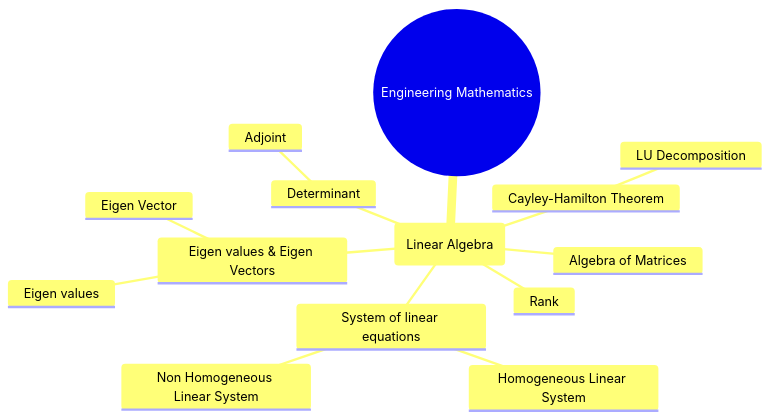
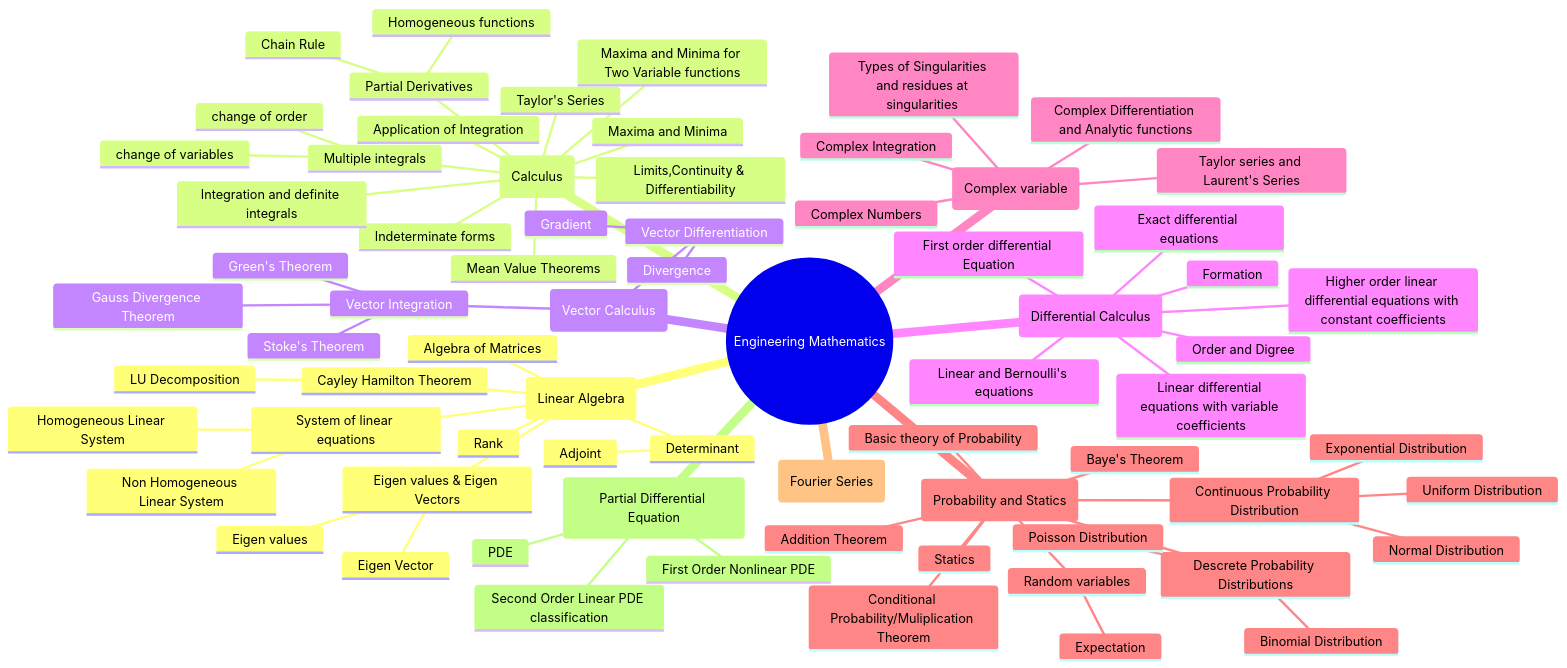
The diagram in README.md (sachin-dtu/Mathematics_Gatemd), drawn with Mermaid before and after one commit.

````diff
--- a/README.md
+++ b/README.md
@@ -25,17 +7,77 @@
-   ```mermaid
- mindmap
+```mermaid
+mindmap
   root((Engineering Mathematics))
         (Linear Algebra)
             Algebra of Matrices
             Determinant
                 Adjoint
             Rank
             System of linear equations
                 Non Homogeneous Linear System
                 Homogeneous Linear System
             Eigen values & Eigen Vectors
                 Eigen values
                 Eigen Vector
-            Cayley-Hamilton Theorem
+            Cayley Hamilton Theorem
                 LU Decomposition
-    ```
+        (Calculus)
+            Limits,Continuity & Differentiability
+            Indeterminate forms
+            Mean Value Theorems
+            Taylor's Series
+            Maxima and Minima
+            Partial Derivatives
+                Chain Rule 
+                Homogeneous functions
+            Maxima and Minima for Two Variable functions
+            Integration and definite integrals
+            Application of Integration
+            Multiple integrals
+                change of order
+                change of variables
+        (Vector Calculus)
+            Vector Differentiation
+                Gradient
+                Divergence
+            Vector Integration
+                Green's Theorem
+                Stoke's Theorem
+                Gauss Divergence Theorem
+
+        (Differential Calculus)
+            Order and Digree
+            Formation
+            First order differential Equation
+            Exact differential equations
+            Linear and Bernoulli's equations
+            Higher order linear differential equations with constant coefficients
+            Linear differential equations with variable coefficients
+            
+        (Complex variable)
+            Complex Numbers
+            Complex Differentiation and Analytic functions
+            Taylor series and Laurent's Series
+            Types of Singularities and residues at singularities 
+            Complex Integration
+
+        (Probability and Statics)
+            Basic theory of Probability
+            Addition Theorem
+            Conditional Probability/Muliplication Theorem
+            Baye's Theorem
+            Statics
+            Random variables 
+                Expectation
+            Descrete Probability Distributions
+                Binomial Distribution
+                Poisson Distribution
+            Continuous Probability Distribution
+                Normal Distribution
+                Exponential Distribution
+                Uniform Distribution
+        (Fourier Series)
+        (Partial Differential Equation)
+            PDE
+            First Order Nonlinear PDE
+            Second Order Linear PDE classification
+```
````
